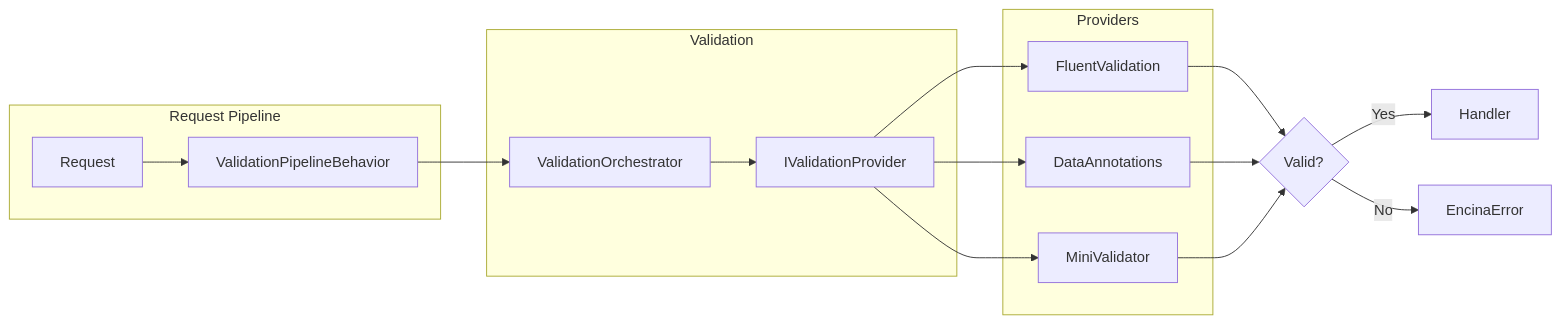
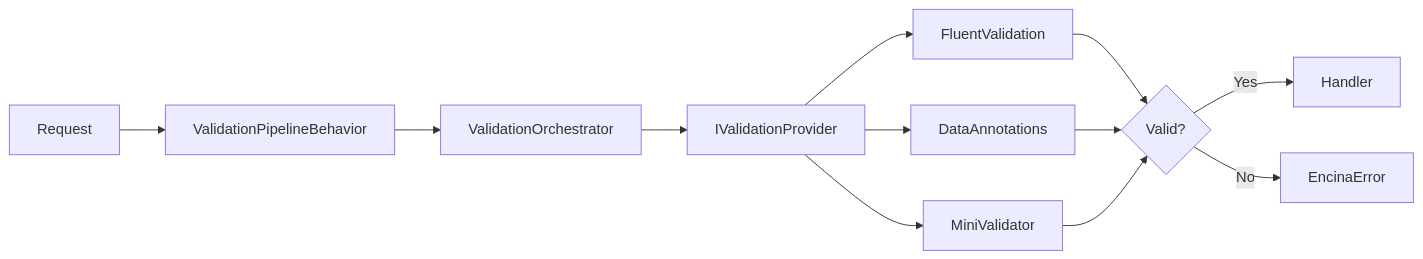
The third of 4 diagrams in README.md (dlrivada/Encina), drawn with Mermaid before and after one commit. The commit also changed other lines of this file, not shown here.

````diff
--- a/README.md
+++ b/README.md
@@ -166,21 +349,12 @@
 ```mermaid
 flowchart LR
-    subgraph Request Pipeline
-        A[Request] --> B[ValidationPipelineBehavior]
-    end
-
-    subgraph Validation
-        B --> C[ValidationOrchestrator]
-        C --> D[IValidationProvider]
-    end
-
-    subgraph Providers
-        D --> E[FluentValidation]
-        D --> F[DataAnnotations]
-        D --> G[MiniValidator]
-    end
-
+    A[Request] --> B[ValidationPipelineBehavior]
+    B --> C[ValidationOrchestrator]
+    C --> D[IValidationProvider]
+    D --> E[FluentValidation]
+    D --> F[DataAnnotations]
+    D --> G[MiniValidator]
     E & F & G --> H{Valid?}
     H -->|Yes| I[Handler]
     H -->|No| J[EncinaError]
 ```
````
